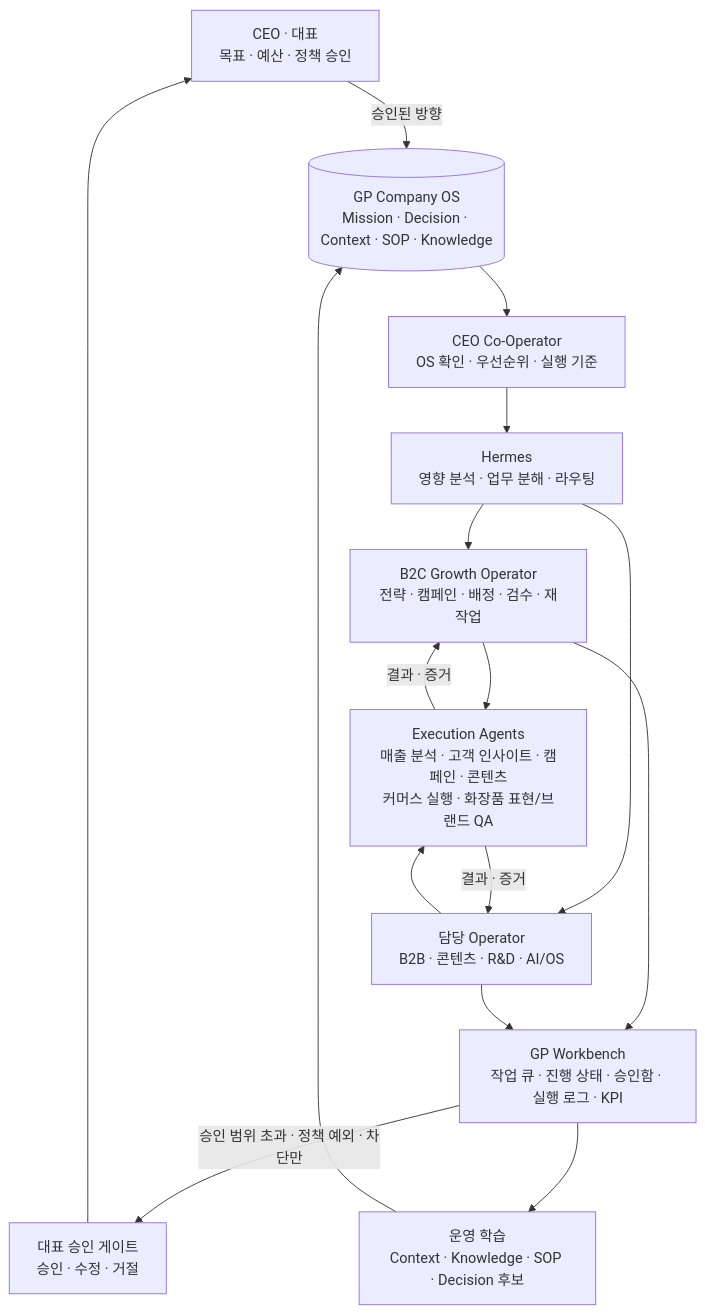
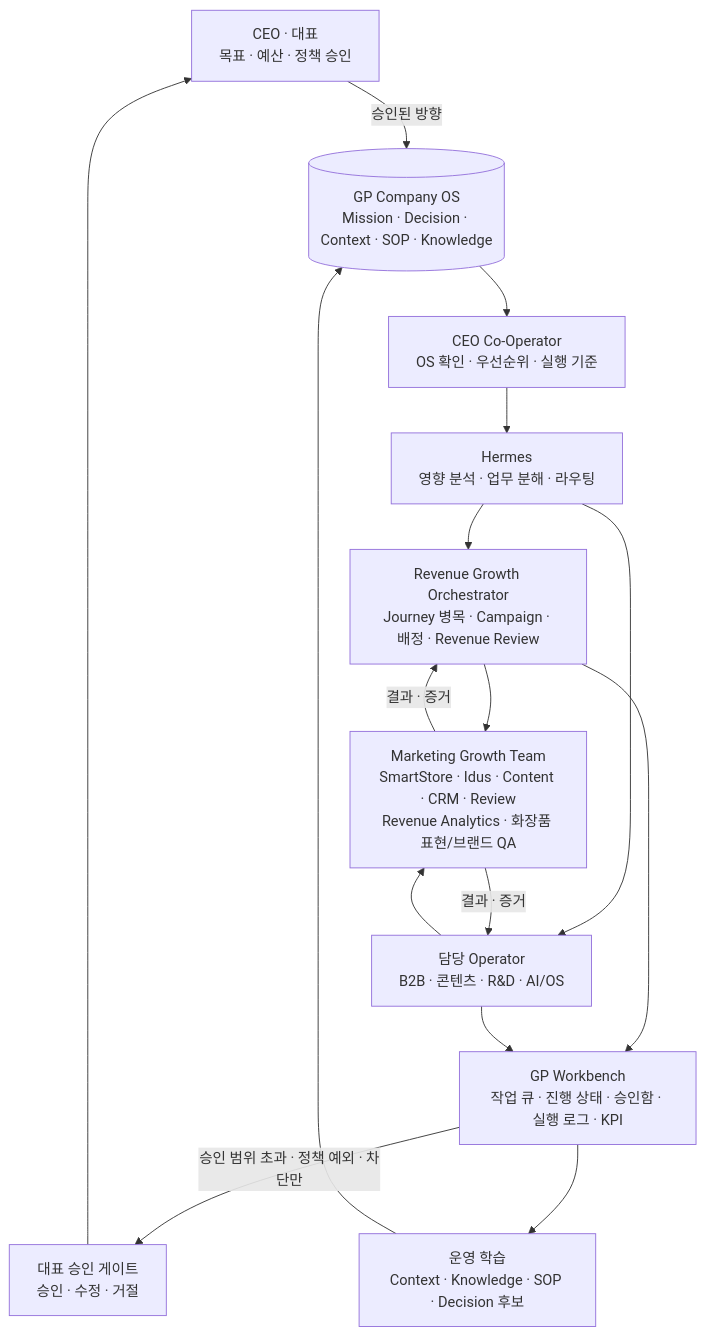
Before and after one commit to ajseo-gp/gp-company-os: the first of 2 diagrams in README.md, drawn with Mermaid. The commit also changed other lines of this file and 81 other files, not shown here.

````diff
--- a/README.md
+++ b/README.md
@@ -46,29 +120,29 @@
 ```mermaid
 flowchart TD
     CEO["CEO · 대표<br/>목표 · 예산 · 정책 승인"]
     OS[("GP Company OS<br/>Mission · Decision · Context · SOP · Knowledge")]
     CO["CEO Co-Operator<br/>OS 확인 · 우선순위 · 실행 기준"]
     H["Hermes<br/>영향 분석 · 업무 분해 · 라우팅"]
-    B2C["B2C Growth Operator<br/>전략 · 캠페인 · 배정 · 검수 · 재작업"]
+    B2C["Revenue Growth Orchestrator<br/>Journey 병목 · Campaign · 배정 · Revenue Review"]
     OPS["담당 Operator<br/>B2B · 콘텐츠 · R&D · AI/OS"]
-    EA["Execution Agents<br/>매출 분석 · 고객 인사이트 · 캠페인 · 콘텐츠<br/>커머스 실행 · 화장품 표현/브랜드 QA"]
+    EA["Marketing Growth Team<br/>SmartStore · Idus · Content · CRM · Review<br/>Revenue Analytics · 화장품 표현/브랜드 QA"]
     WB["GP Workbench<br/>작업 큐 · 진행 상태 · 승인함 · 실행 로그 · KPI"]
     GATE["대표 승인 게이트<br/>승인 · 수정 · 거절"]
     LOOP["운영 학습<br/>Context · Knowledge · SOP · Decision 후보"]
 
     CEO -->|"승인된 방향"| OS
     OS --> CO
     CO --> H
     H --> B2C
     H --> OPS
     B2C --> EA
     OPS --> EA
     EA -->|"결과 · 증거"| B2C
     EA -->|"결과 · 증거"| OPS
     B2C --> WB
     OPS --> WB
     WB -->|"승인 범위 초과 · 정책 예외 · 차단만"| GATE
     GATE --> CEO
     WB --> LOOP
     LOOP --> OS
 ```
````
